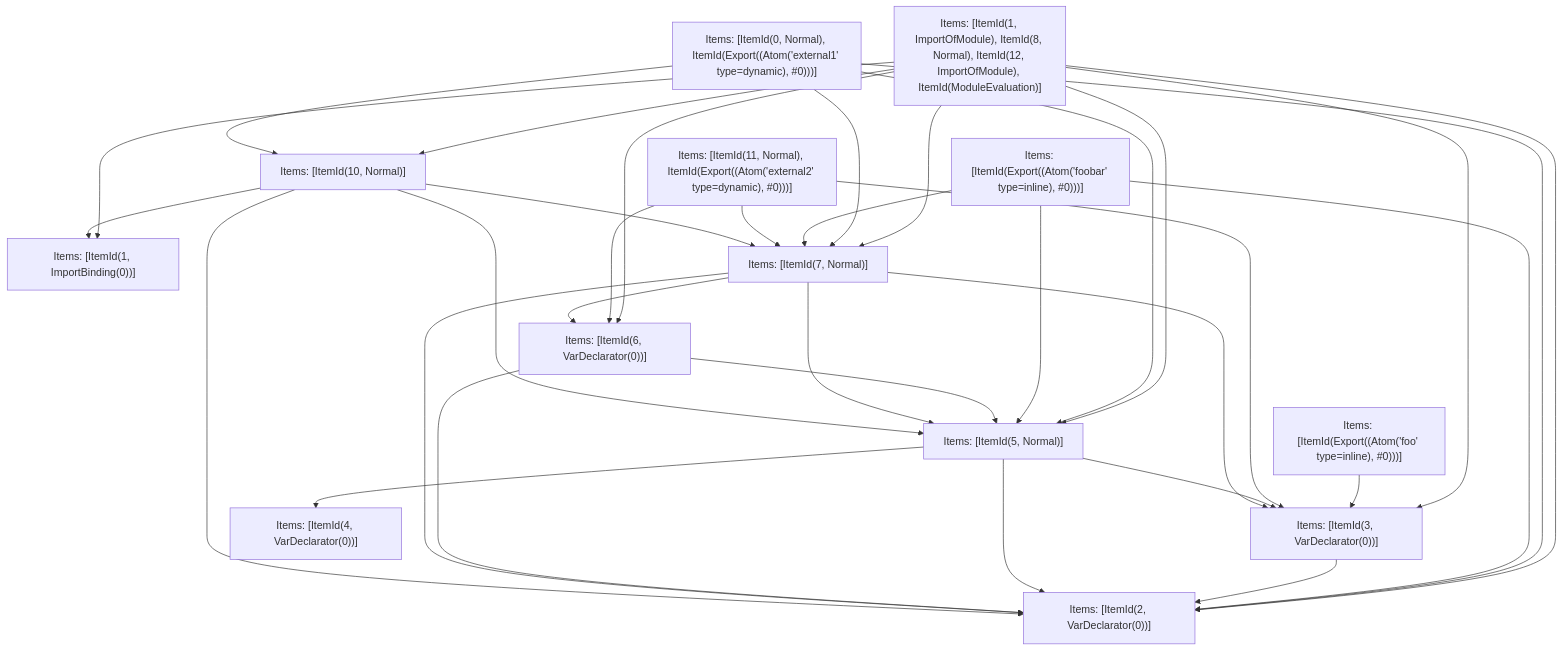
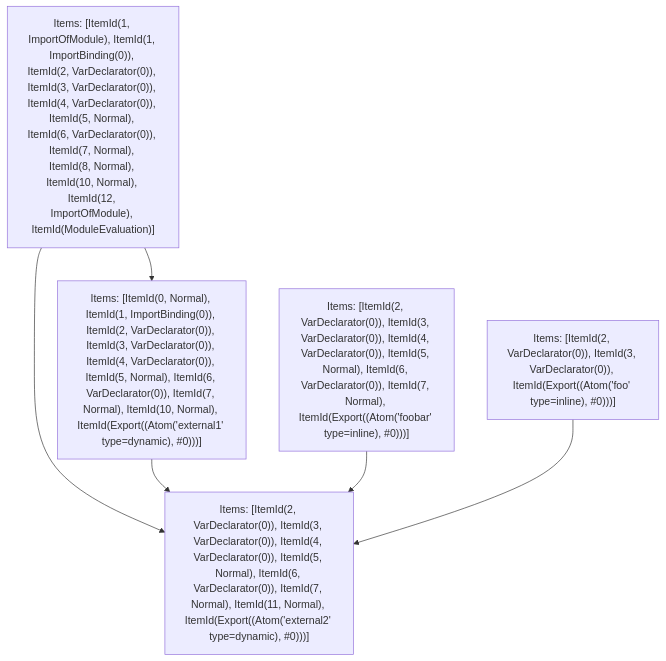
The fifth of 5 diagrams in crates/turbopack-ecmascript/tests/tree-shaker/analyzer/2/output.md (vercel/turborepo), drawn with Mermaid before and after one commit. The commit also changed other lines of this file and 3 other files, not shown here.

````diff
--- a/crates/turbopack-ecmascript/tests/tree-shaker/analyzer/2/output.md
+++ b/crates/turbopack-ecmascript/tests/tree-shaker/analyzer/2/output.md
@@ -359,48 +359,13 @@
 ```mermaid
 graph TD
-    N0["Items: [ItemId(1, ImportOfModule), ItemId(8, Normal), ItemId(12, ImportOfModule), ItemId(ModuleEvaluation)]"];
-    N1["Items: [ItemId(0, Normal), ItemId(Export((Atom('external1' type=dynamic), #0)))]"];
-    N2["Items: [ItemId(Export((Atom('foobar' type=inline), #0)))]"];
-    N3["Items: [ItemId(Export((Atom('foo' type=inline), #0)))]"];
-    N4["Items: [ItemId(11, Normal), ItemId(Export((Atom('external2' type=dynamic), #0)))]"];
-    N5["Items: [ItemId(1, ImportBinding(0))]"];
-    N6["Items: [ItemId(2, VarDeclarator(0))]"];
-    N7["Items: [ItemId(3, VarDeclarator(0))]"];
-    N8["Items: [ItemId(4, VarDeclarator(0))]"];
-    N9["Items: [ItemId(5, Normal)]"];
-    N10["Items: [ItemId(6, VarDeclarator(0))]"];
-    N11["Items: [ItemId(7, Normal)]"];
-    N12["Items: [ItemId(10, Normal)]"];
-    N0 --> N10;
-    N0 --> N12;
-    N0 --> N6;
-    N0 --> N9;
-    N0 --> N11;
-    N0 --> N7;
-    N0 --> N5;
-    N1 --> N12;
-    N1 --> N6;
-    N1 --> N9;
-    N1 --> N11;
-    N2 --> N6;
-    N2 --> N9;
-    N2 --> N11;
-    N3 --> N7;
-    N4 --> N7;
-    N4 --> N10;
-    N4 --> N11;
-    N7 --> N6;
-    N9 --> N8;
-    N9 --> N6;
-    N9 --> N7;
-    N10 --> N6;
-    N10 --> N9;
-    N11 --> N6;
-    N11 --> N9;
-    N11 --> N7;
-    N11 --> N10;
-    N12 --> N5;
-    N12 --> N6;
-    N12 --> N9;
-    N12 --> N11;
+    N0["Items: [ItemId(1, ImportOfModule), ItemId(1, ImportBinding(0)), ItemId(2, VarDeclarator(0)), ItemId(3, VarDeclarator(0)), ItemId(4, VarDeclarator(0)), ItemId(5, Normal), ItemId(6, VarDeclarator(0)), ItemId(7, Normal), ItemId(8, Normal), ItemId(10, Normal), ItemId(12, ImportOfModule), ItemId(ModuleEvaluation)]"];
+    N1["Items: [ItemId(0, Normal), ItemId(1, ImportBinding(0)), ItemId(2, VarDeclarator(0)), ItemId(3, VarDeclarator(0)), ItemId(4, VarDeclarator(0)), ItemId(5, Normal), ItemId(6, VarDeclarator(0)), ItemId(7, Normal), ItemId(10, Normal), ItemId(Export((Atom('external1' type=dynamic), #0)))]"];
+    N2["Items: [ItemId(2, VarDeclarator(0)), ItemId(3, VarDeclarator(0)), ItemId(4, VarDeclarator(0)), ItemId(5, Normal), ItemId(6, VarDeclarator(0)), ItemId(7, Normal), ItemId(Export((Atom('foobar' type=inline), #0)))]"];
+    N3["Items: [ItemId(2, VarDeclarator(0)), ItemId(3, VarDeclarator(0)), ItemId(Export((Atom('foo' type=inline), #0)))]"];
+    N4["Items: [ItemId(2, VarDeclarator(0)), ItemId(3, VarDeclarator(0)), ItemId(4, VarDeclarator(0)), ItemId(5, Normal), ItemId(6, VarDeclarator(0)), ItemId(7, Normal), ItemId(11, Normal), ItemId(Export((Atom('external2' type=dynamic), #0)))]"];
+    N0 --> N4;
+    N0 --> N1;
+    N1 --> N4;
+    N2 --> N4;
+    N3 --> N4;
 ```
````
